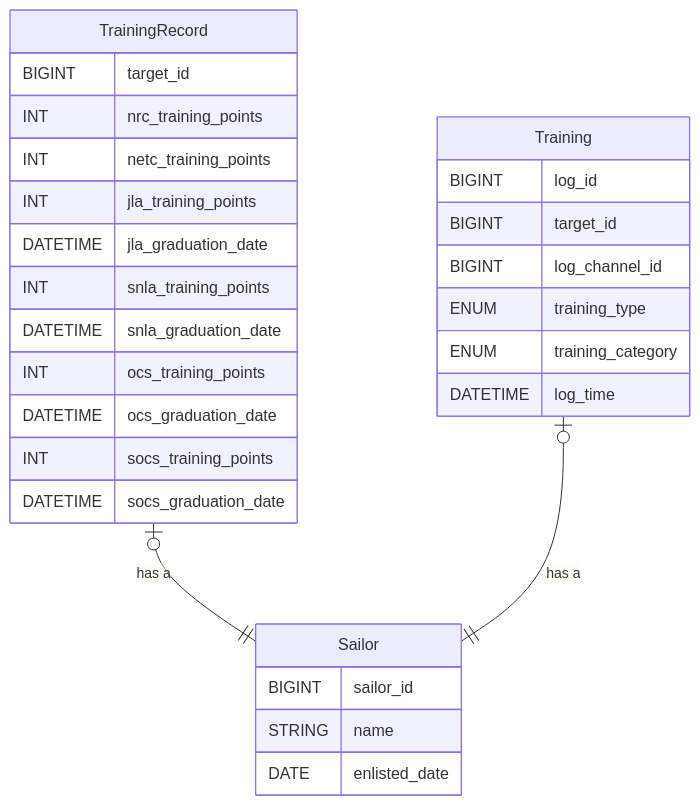
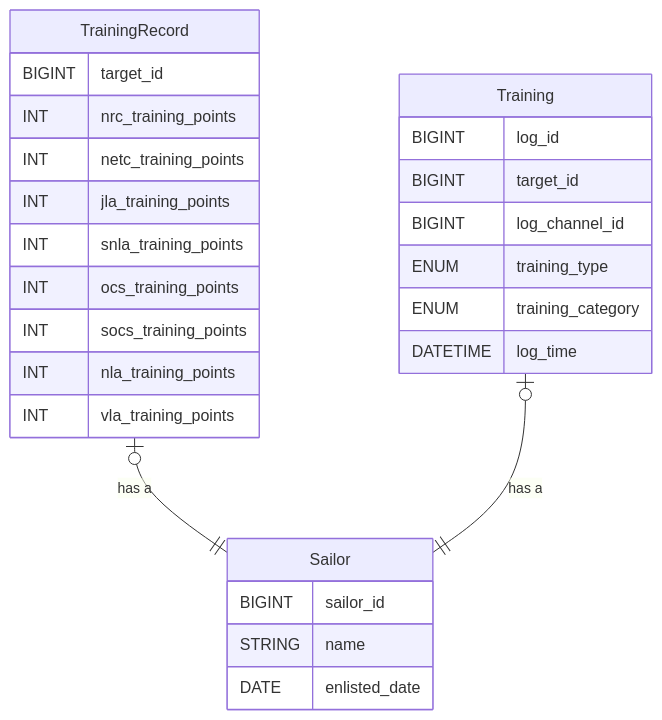
The first of 2 diagrams in docs/training.md (USNofSOT/Paul), drawn with Mermaid before and after one commit. The commit also changed other lines of this file and 6 other files, not shown here.

````diff
--- a/docs/training.md
+++ b/docs/training.md
@@ -69,34 +68,32 @@
 ```mermaid
 erDiagram
     TrainingRecord {
         BIGINT target_id
         INT nrc_training_points
         INT netc_training_points
         INT jla_training_points
-        DATETIME jla_graduation_date
         INT snla_training_points
-        DATETIME snla_graduation_date
         INT ocs_training_points
-        DATETIME ocs_graduation_date
         INT socs_training_points
-        DATETIME socs_graduation_date
+        INT nla_training_points
+        INT vla_training_points
     }
     
     Training {
         BIGINT log_id
         BIGINT target_id
         BIGINT log_channel_id
         ENUM training_type
         ENUM training_category
         DATETIME log_time
     }
 
     Sailor {
         BIGINT sailor_id
         STRING name
         DATE enlisted_date
     }
     
     TrainingRecord o|--|| Sailor : "has a"
     Training o|--|| Sailor : "has a"
 ```
````
